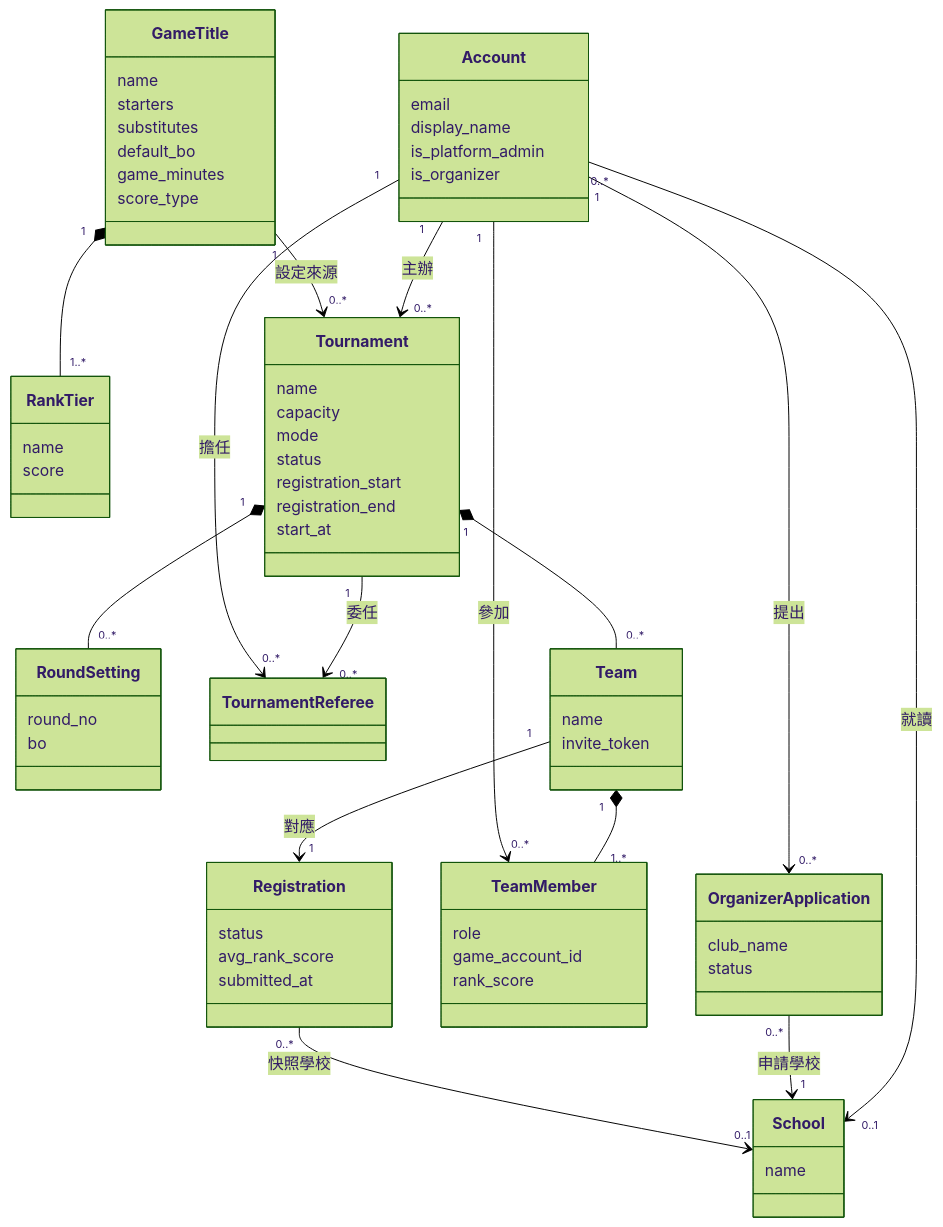
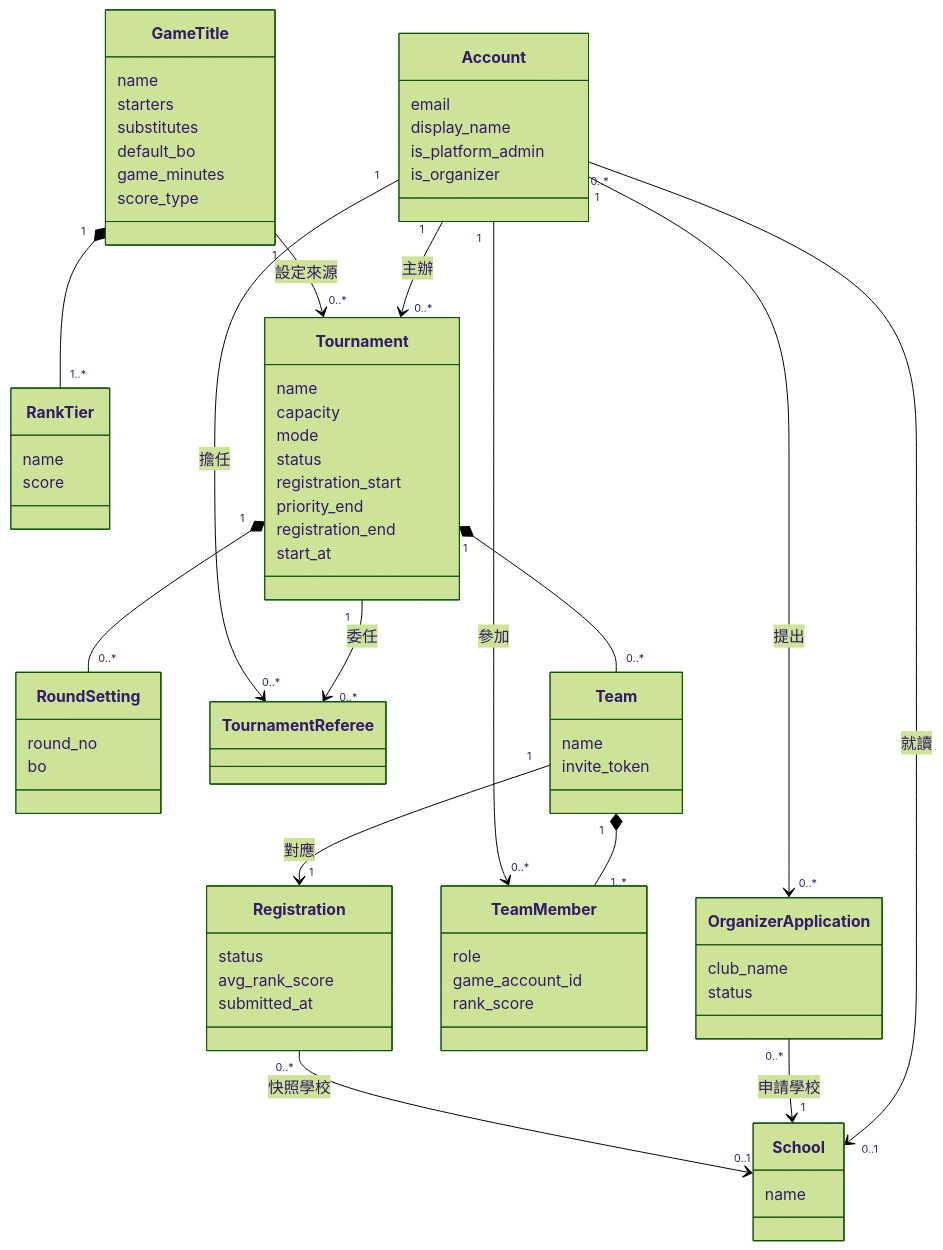
One commit to Team14good/esport-platform changed diagram 11 of 15 in docs/midterm/B-軟體需求分析文件.md. Above: the diagram before and after it, drawn with Mermaid (forest theme). The commit also changed other lines of this file and 14 other files, not shown here.

````diff
--- a/docs/midterm/B-軟體需求分析文件.md
+++ b/docs/midterm/B-軟體需求分析文件.md
@@ -1068,70 +1149,71 @@
 ```mermaid
 classDiagram
   class School {
     name
   }
   class Account {
     email
     display_name
     is_platform_admin
     is_organizer
   }
   class OrganizerApplication {
     club_name
     status
   }
   class GameTitle {
     name
     starters
     substitutes
     default_bo
     game_minutes
     score_type
   }
   class RankTier {
     name
     score
   }
   class Tournament {
     name
     capacity
     mode
     status
     registration_start
+    priority_end
     registration_end
     start_at
   }
   class RoundSetting {
     round_no
     bo
   }
   class TournamentReferee
   class Team {
     name
     invite_token
   }
   class TeamMember {
     role
     game_account_id
     rank_score
   }
   class Registration {
     status
     avg_rank_score
     submitted_at
   }
   Account "1" --> "0..*" OrganizerApplication : 提出
   Account "1" --> "0..*" Tournament : 主辦
   GameTitle "1" *-- "1..*" RankTier
   GameTitle "1" --> "0..*" Tournament : 設定來源
   Tournament "1" *-- "0..*" RoundSetting
   Tournament "1" --> "0..*" TournamentReferee : 委任
   Account "1" --> "0..*" TournamentReferee : 擔任
   Tournament "1" *-- "0..*" Team
   Team "1" *-- "1..*" TeamMember
   Account "1" --> "0..*" TeamMember : 參加
   Team "1" --> "1" Registration : 對應
   Account "0..*" --> "0..1" School : 就讀
   OrganizerApplication "0..*" --> "1" School : 申請學校
   Registration "0..*" --> "0..1" School : 快照學校
 ```
````
